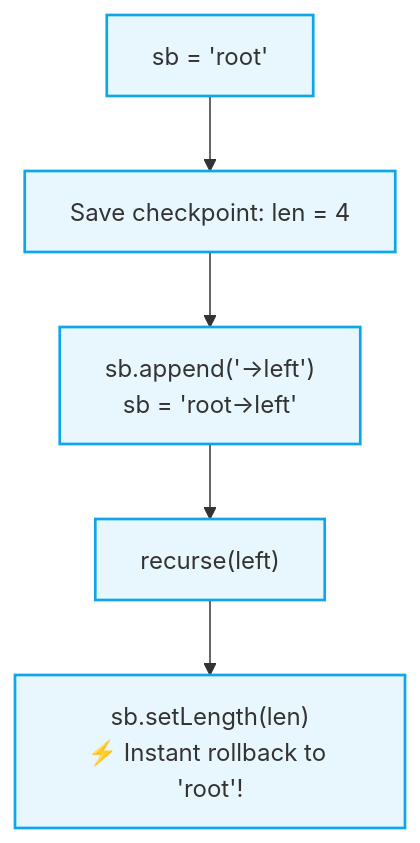
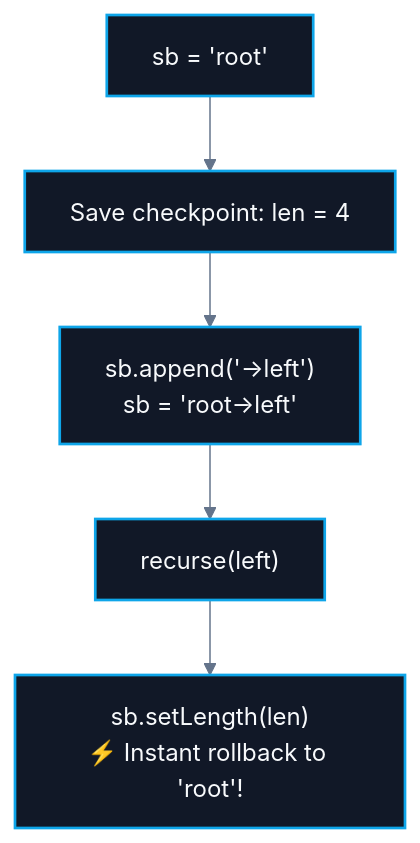
Before and after one commit to abhinavbharti2345/CS_Notes: the second of 2 diagrams in CS/DSA/01. Strings/StringBuilder.md, drawn with Mermaid. The commit also changed other lines of this file and 195 other files, not shown here.

````diff
--- a/CS/DSA/01. Strings/StringBuilder.md
+++ b/CS/DSA/01. Strings/StringBuilder.md
@@ -113,10 +114,11 @@
 ```mermaid
+%%{init: {'theme': 'base', 'themeVariables': { 'darkMode': true, 'background': '#0B0F14', 'mainBkg': '#111827', 'primaryColor': '#111827', 'primaryTextColor': '#F8FAFC', 'primaryBorderColor': '#38BDF8', 'lineColor': '#64748B', 'secondaryColor': '#0B0F14', 'tertiaryColor': '#0B0F14', 'clusterBkg': '#0B0F14', 'clusterBorder': '#38BDF8' }}}%%
 flowchart TD
     Start["sb = 'root'"] --> Checkpoint["Save checkpoint: len = 4"]
     Checkpoint --> Append["sb.append('->left')<br/>sb = 'root->left'"]
     Append --> Recurse["recurse(left)"]
     Recurse --> Rollback["sb.setLength(len)<br/>⚡ Instant rollback to 'root'!"]
 
-    classDef step fill:#0ea5e918,stroke:#0ea5e9,stroke-width:1.8px;
+    classDef step fill:#111827,stroke:#0ea5e9,stroke-width:1.8px,color:#F8FAFC;
     class Start,Checkpoint,Append,Recurse,Rollback step;
 ```
````
